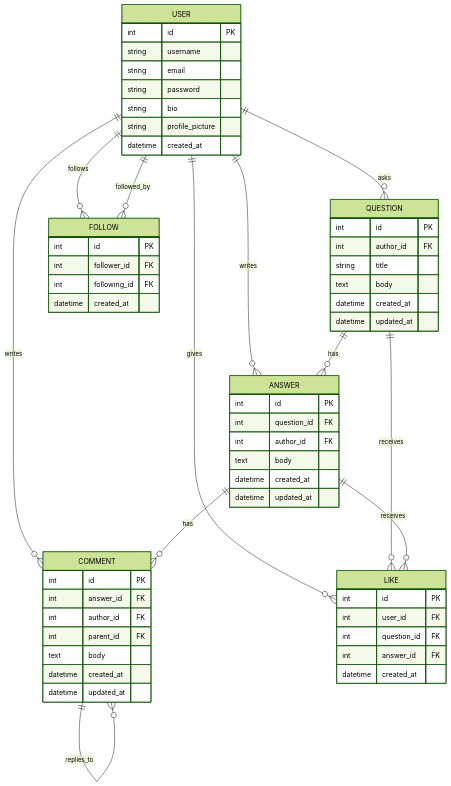
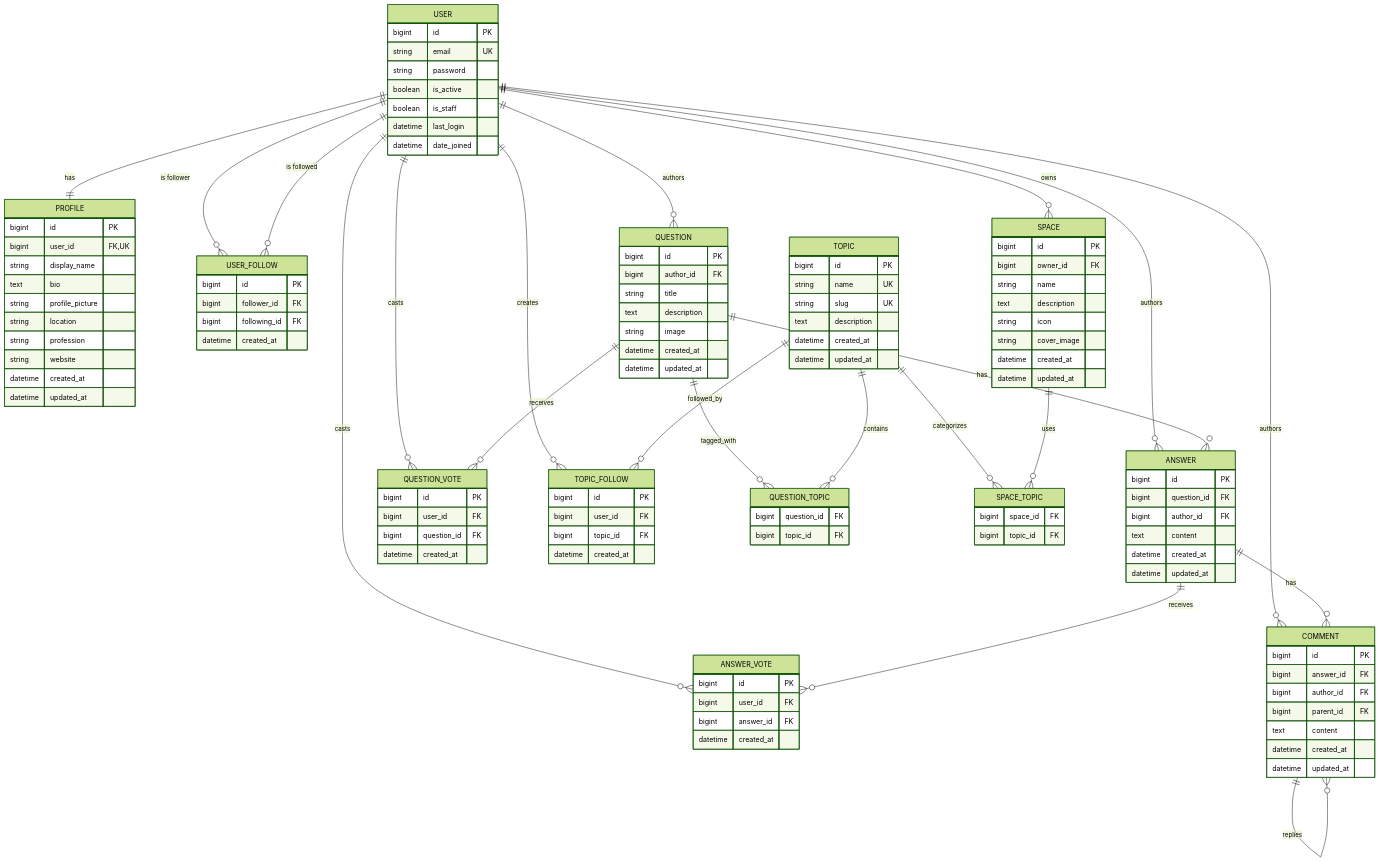
One commit to Md-Musharaf/quora-major-project changed the diagram in docs/erDiagram.md. Above: the diagram before and after it, drawn with Mermaid (forest theme). The commit also changed 4 other files, not shown here.

````diff
--- a/docs/erDiagram.md
+++ b/docs/erDiagram.md
@@ -3,70 +3,138 @@
 ```mermaid
 erDiagram
+    USER ||--|| PROFILE : has
+    USER ||--o{ USER_FOLLOW : "is follower"
+    USER ||--o{ USER_FOLLOW : "is followed"
+    USER ||--o{ QUESTION : authors
+    USER ||--o{ ANSWER : authors
+    USER ||--o{ QUESTION_VOTE : casts
+    USER ||--o{ ANSWER_VOTE : casts
+    USER ||--o{ COMMENT : authors
+    USER ||--o{ TOPIC_FOLLOW : creates
+    USER ||--o{ SPACE : owns
+
+    QUESTION ||--o{ ANSWER : has
+    QUESTION ||--o{ QUESTION_VOTE : receives
+    QUESTION ||--o{ QUESTION_TOPIC : tagged_with
+
+    TOPIC ||--o{ QUESTION_TOPIC : contains
+    TOPIC ||--o{ TOPIC_FOLLOW : followed_by
+    TOPIC ||--o{ SPACE_TOPIC : categorizes
+
+    ANSWER ||--o{ ANSWER_VOTE : receives
+    ANSWER ||--o{ COMMENT : has
+
+    COMMENT ||--o{ COMMENT : replies
+
+    SPACE ||--o{ SPACE_TOPIC : uses
+
     USER {
-        int id PK
-        string username
-        string email
+        bigint id PK
+        string email UK
         string password
-        string bio
+        boolean is_active
+        boolean is_staff
+        datetime last_login
+        datetime date_joined
+    }
+
+    PROFILE {
+        bigint id PK
+        bigint user_id FK,UK
+        string display_name
+        text bio
         string profile_picture
+        string location
+        string profession
+        string website
+        datetime created_at
+        datetime updated_at
+    }
+
+    USER_FOLLOW {
+        bigint id PK
+        bigint follower_id FK
+        bigint following_id FK
         datetime created_at
     }
 
     QUESTION {
-        int id PK
-        int author_id FK
+        bigint id PK
+        bigint author_id FK
         string title
-        text body
+        text description
+        string image
         datetime created_at
         datetime updated_at
     }
 
     ANSWER {
-        int id PK
-        int question_id FK
-        int author_id FK
-        text body
+        bigint id PK
+        bigint question_id FK
+        bigint author_id FK
+        text content
         datetime created_at
         datetime updated_at
     }
 
-    COMMENT {
-        int id PK
-        int answer_id FK
-        int author_id FK
-        int parent_id FK
-        text body
+    TOPIC {
+        bigint id PK
+        string name UK
+        string slug UK
+        text description
         datetime created_at
         datetime updated_at
     }
 
-    LIKE {
-        int id PK
-        int user_id FK
-        int question_id FK
-        int answer_id FK
+    QUESTION_TOPIC {
+        bigint question_id FK
+        bigint topic_id FK
+    }
+
+    TOPIC_FOLLOW {
+        bigint id PK
+        bigint user_id FK
+        bigint topic_id FK
         datetime created_at
     }
 
-    FOLLOW {
-        int id PK
-        int follower_id FK
-        int following_id FK
+    QUESTION_VOTE {
+        bigint id PK
+        bigint user_id FK
+        bigint question_id FK
         datetime created_at
     }
 
-    USER ||--o{ QUESTION : asks
-    USER ||--o{ ANSWER : writes
-    QUESTION ||--o{ ANSWER : has
+    ANSWER_VOTE {
+        bigint id PK
+        bigint user_id FK
+        bigint answer_id FK
+        datetime created_at
+    }
 
-    USER ||--o{ COMMENT : writes
-    ANSWER ||--o{ COMMENT : has
-    COMMENT ||--o{ COMMENT : replies_to
+    COMMENT {
+        bigint id PK
+        bigint answer_id FK
+        bigint author_id FK
+        bigint parent_id FK
+        text content
+        datetime created_at
+        datetime updated_at
+    }
 
-    USER ||--o{ LIKE : gives
-    QUESTION ||--o{ LIKE : receives
-    ANSWER ||--o{ LIKE : receives
+    SPACE {
+        bigint id PK
+        bigint owner_id FK
+        string name
+        text description
+        string icon
+        string cover_image
+        datetime created_at
+        datetime updated_at
+    }
 
-    USER ||--o{ FOLLOW : follows
-    USER ||--o{ FOLLOW : followed_by
+    SPACE_TOPIC {
+        bigint space_id FK
+        bigint topic_id FK
+    }
 ```
````
